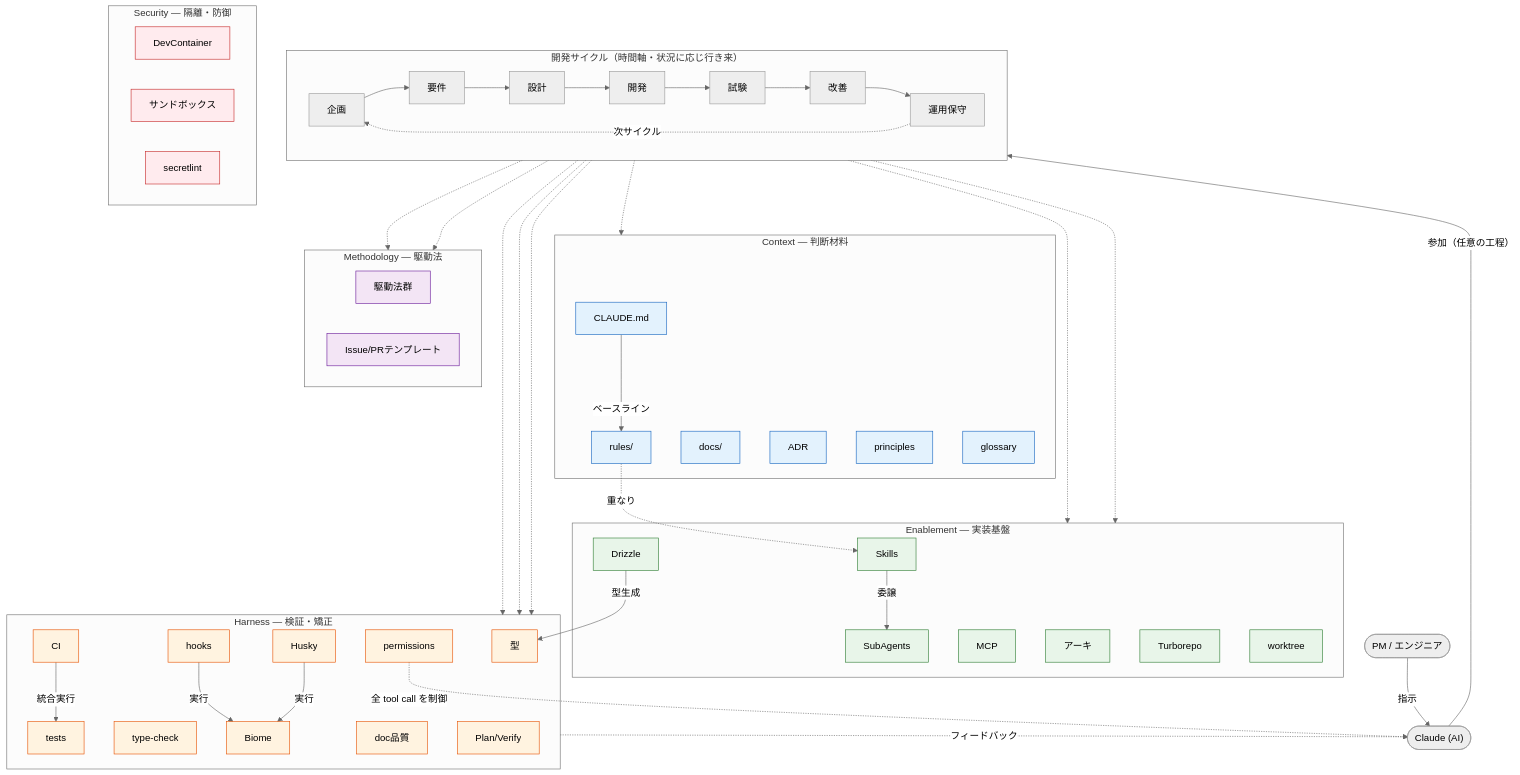
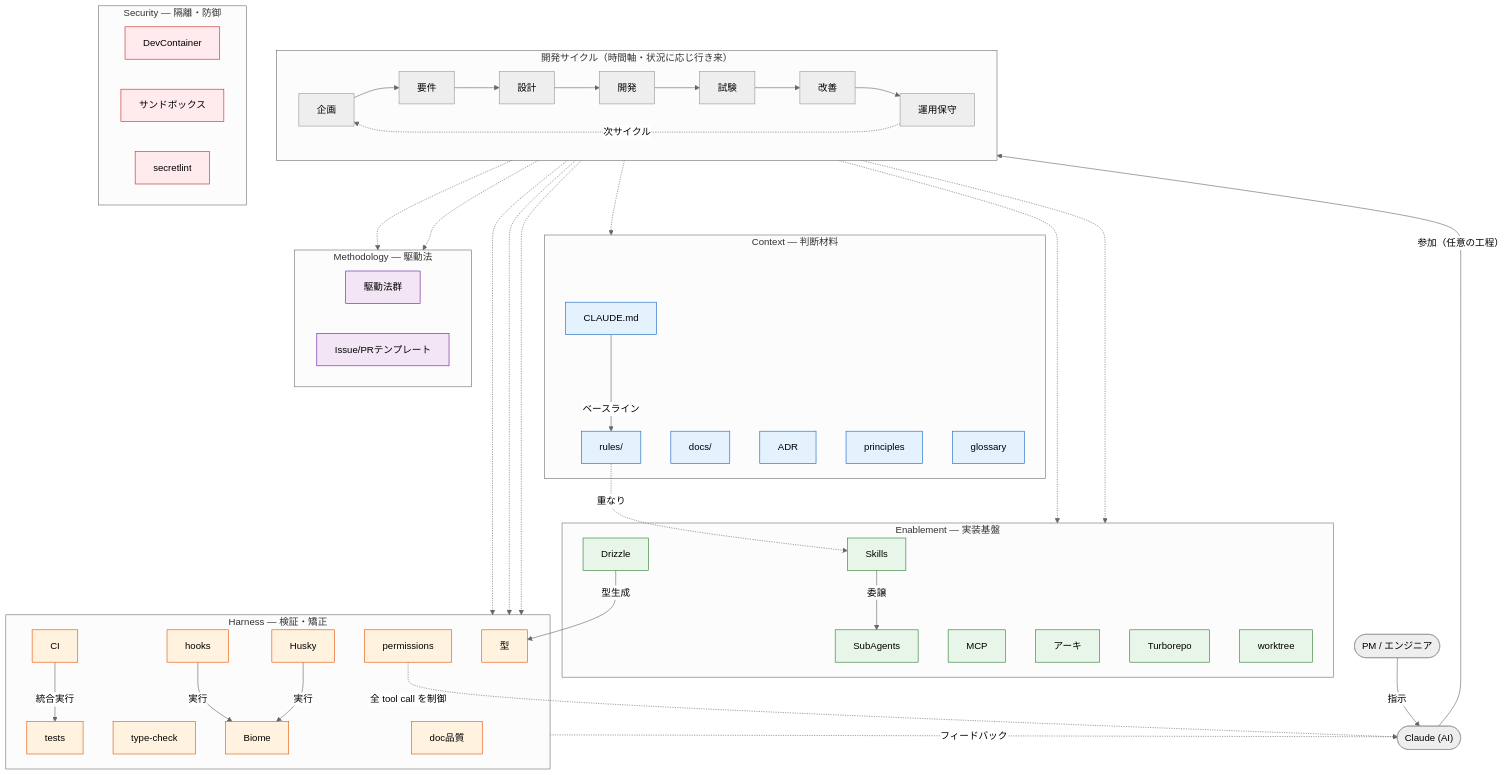
Before and after one commit to kuairen-227/agent-team-studio: the diagram in docs/guides/ai-driven-development.md, drawn with Mermaid (neutral theme). The commit also changed other lines of this file, not shown here.

First line of the commit message:
docs(project): Plan/Verify を将来計画のエージェントループとして再定義

````diff
--- a/docs/guides/ai-driven-development.md
+++ b/docs/guides/ai-driven-development.md
@@ -25,56 +25,56 @@
 ```mermaid
 flowchart TB
     User(["PM / エンジニア"]) -->|"指示"| AI(["Claude (AI)"])
     AI -->|"参加（任意の工程）"| time
 
     subgraph time["開発サイクル（時間軸・状況に応じ行き来）"]
         direction LR
         P1["企画"] --> P2["要件"] --> P3["設計"] --> P4["開発"] --> P5["試験"] --> P6["改善"] --> P7["運用保守"]
         P7 -.->|"次サイクル"| P1
     end
 
     subgraph context["Context — 判断材料"]
         CL["CLAUDE.md"]; RUL["rules/"]; DOC["docs/"]; ADR["ADR"]; PRI["principles"]; GLO["glossary"]
     end
     subgraph enable["Enablement — 実装基盤"]
         SKL["Skills"]; AGT["SubAgents"]; MCP["MCP"]; ARC["アーキ"]; DRZ["Drizzle"]; TRB["Turborepo"]; WT["worktree"]
     end
     subgraph harness["Harness — 検証・矯正"]
-        TYP["型"]; TST["tests"]; TC["type-check"]; LNT["Biome"]; HK["hooks"]; HUS["Husky"]; CI["CI"]; MDL["doc品質"]; PV["Plan/Verify"]; PRM["permissions"]
+        TYP["型"]; TST["tests"]; TC["type-check"]; LNT["Biome"]; HK["hooks"]; HUS["Husky"]; CI["CI"]; MDL["doc品質"]; PRM["permissions"]
     end
     subgraph sec["Security — 隔離・防御"]
         DC["DevContainer"]; SB["サンドボックス"]; SL["secretlint"]
     end
     subgraph method["Methodology — 駆動法"]
         XDD["駆動法群"]; TPL["Issue/PRテンプレート"]
     end
 
     P1 -.-> method
     P2 -.-> context
     P3 -.-> enable & method
     P4 -.-> enable
     P5 -.-> harness
     P6 -.-> harness
     P7 -.-> harness
 
     CL -->|"ベースライン"| RUL
     RUL -.->|"重なり"| SKL
     SKL -->|"委譲"| AGT
     DRZ -->|"型生成"| TYP
     HK -->|"実行"| LNT
     HUS -->|"実行"| LNT
     CI -->|"統合実行"| TST
     harness -.->|"フィードバック"| AI
     PRM -.->|"全 tool call を制御"| AI
 
     classDef c fill:#e3f2fd,stroke:#1565c0
     classDef h fill:#fff3e0,stroke:#e65100
     classDef s fill:#ffebee,stroke:#c62828
     classDef e fill:#e8f5e9,stroke:#2e7d32
     classDef m fill:#f3e5f5,stroke:#6a1b9a
     class CL,DOC,ADR,RUL,PRI,GLO c
-    class TYP,TST,TC,LNT,HK,HUS,CI,MDL,PV,PRM h
+    class TYP,TST,TC,LNT,HK,HUS,CI,MDL,PRM h
     class DC,SB,SL s
     class SKL,AGT,MCP,ARC,DRZ,TRB,WT e
     class XDD,TPL m
 ```
````
